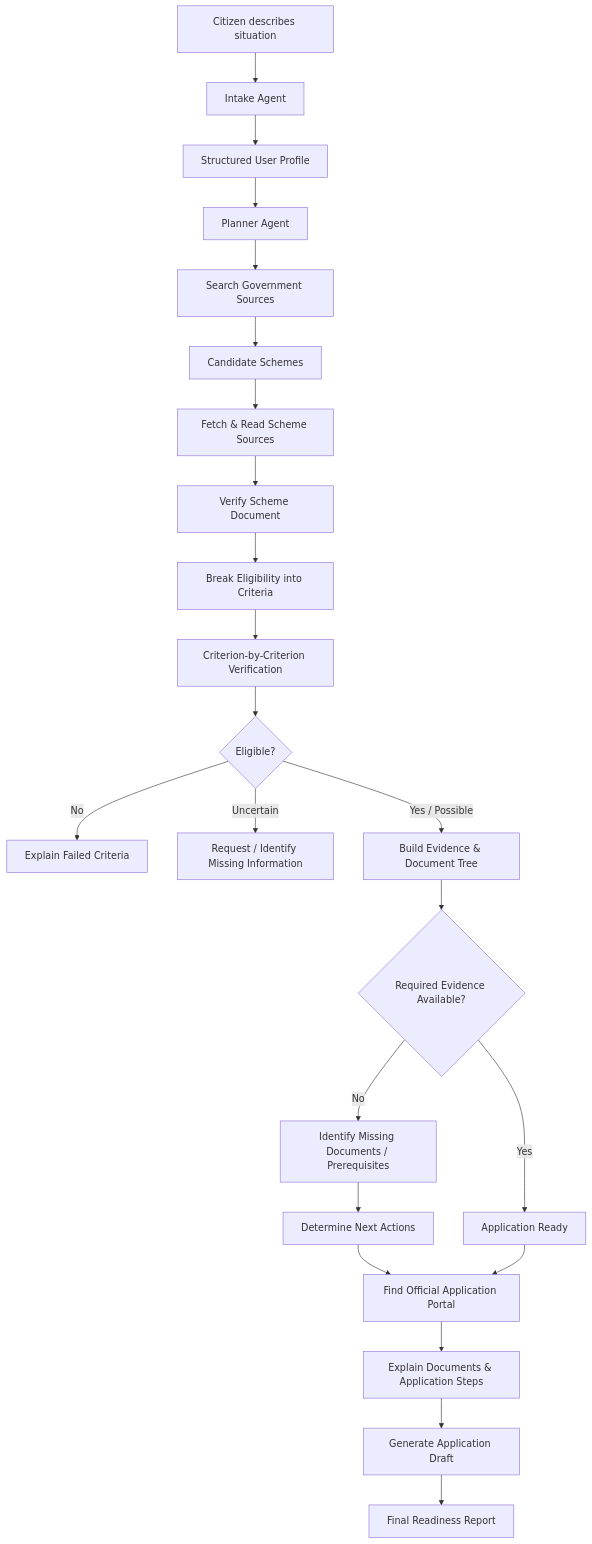
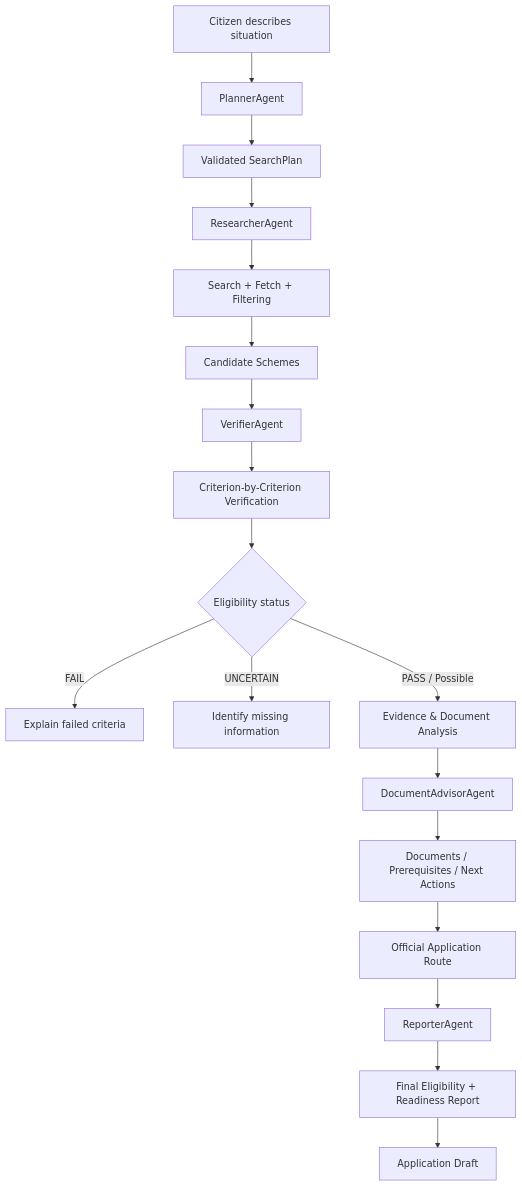
Before and after one commit to MerinJoy321/Team-CivicExperts: the first of 2 diagrams in README.md, drawn with Mermaid. The commit also changed other lines of this file, not shown here.

````diff
--- a/README.md
+++ b/README.md
@@ -174,33 +176,26 @@
 ```mermaid
 flowchart TD
-    A[Citizen describes situation] --> B[Intake Agent]
-    B --> C[Structured User Profile]
-    C --> D[Planner Agent]
+    A[Citizen describes situation] --> B[PlannerAgent]
+    B --> C[Validated SearchPlan]
 
-    D --> E[Search Government Sources]
+    C --> D[ResearcherAgent]
+    D --> E[Search + Fetch + Filtering]
     E --> F[Candidate Schemes]
 
-    F --> G[Fetch & Read Scheme Sources]
-    G --> H[Verify Scheme Document]
+    F --> G[VerifierAgent]
+    G --> H[Criterion-by-Criterion Verification]
 
-    H --> I[Break Eligibility into Criteria]
-    I --> J[Criterion-by-Criterion Verification]
+    H --> I{Eligibility status}
 
-    J --> K{Eligible?}
+    I -->|FAIL| J[Explain failed criteria]
+    I -->|UNCERTAIN| K[Identify missing information]
+    I -->|PASS / Possible| L[Evidence & Document Analysis]
 
-    K -->|No| L[Explain Failed Criteria]
-    K -->|Uncertain| M[Request / Identify Missing Information]
-    K -->|Yes / Possible| N[Build Evidence & Document Tree]
+    L --> M[DocumentAdvisorAgent]
+    M --> N[Documents / Prerequisites / Next Actions]
 
-    N --> O{Required Evidence Available?}
-    O -->|No| P[Identify Missing Documents / Prerequisites]
-    O -->|Yes| Q[Application Ready]
-
-    P --> R[Determine Next Actions]
-    R --> S[Find Official Application Portal]
-
-    Q --> S
-    S --> T[Explain Documents & Application Steps]
-    T --> U[Generate Application Draft]
-    U --> V[Final Readiness Report]
+    N --> O[Official Application Route]
+    O --> P[ReporterAgent]
+    P --> Q[Final Eligibility + Readiness Report]
+    Q --> R[Application Draft]
 ```
````
